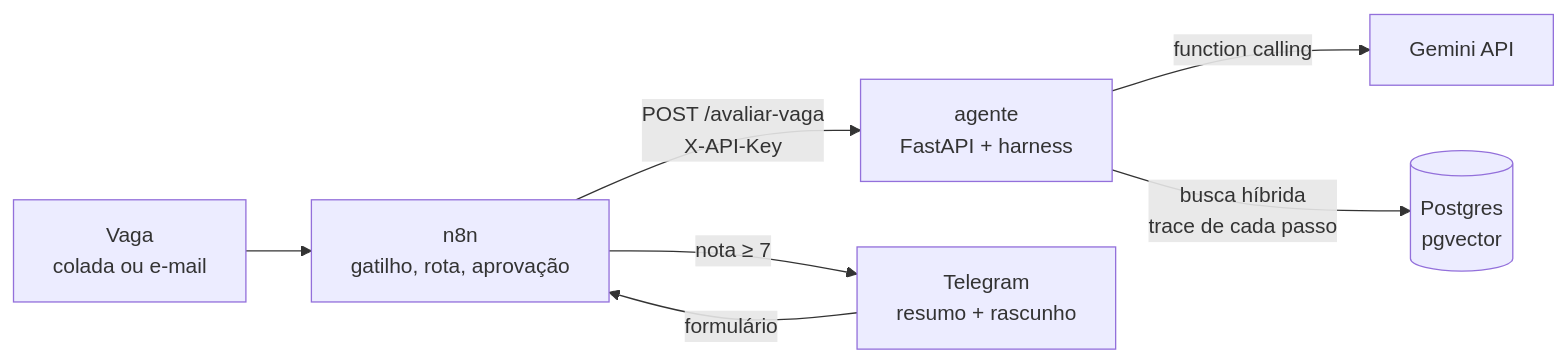
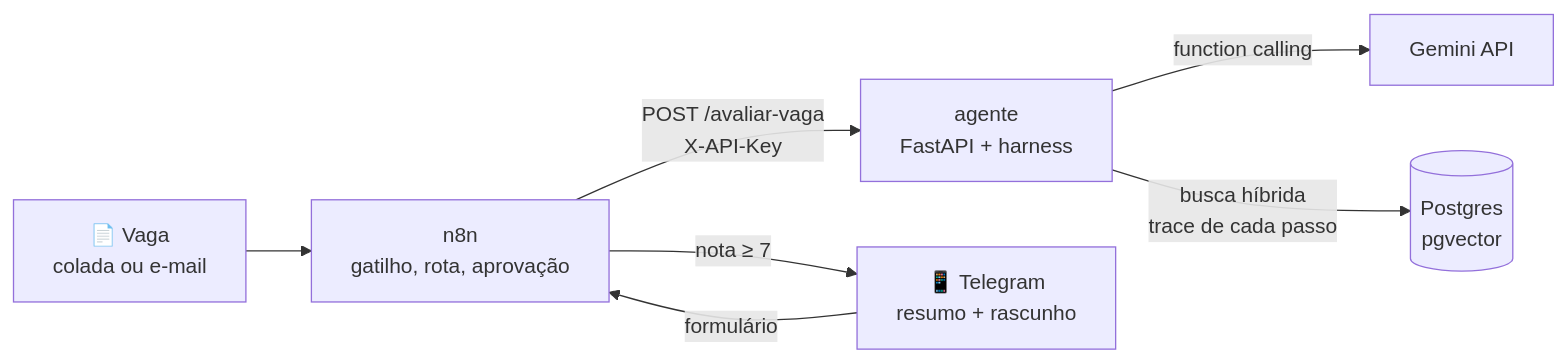
The diagram in README.md (ZazzySaint64/Scanner-Vagas), drawn with Mermaid before and after one commit. The commit also changed other lines of this file, not shown here.

````diff
--- a/README.md
+++ b/README.md
@@ -9,9 +36,9 @@
 ```mermaid
 flowchart LR
-    V[Vaga<br/>colada ou e-mail] --> N[n8n<br/>gatilho, rota, aprovação]
+    V[📄 Vaga<br/>colada ou e-mail] --> N[n8n<br/>gatilho, rota, aprovação]
     N -- "POST /avaliar-vaga<br/>X-API-Key" --> A[agente<br/>FastAPI + harness]
     A -- function calling --> G[Gemini API]
     A -- "busca híbrida<br/>trace de cada passo" --> D[(Postgres<br/>pgvector)]
-    N -- "nota ≥ 7" --> T[Telegram<br/>resumo + rascunho]
+    N -- "nota ≥ 7" --> T[📱 Telegram<br/>resumo + rascunho]
     T -- formulário --> N
 ```
````
